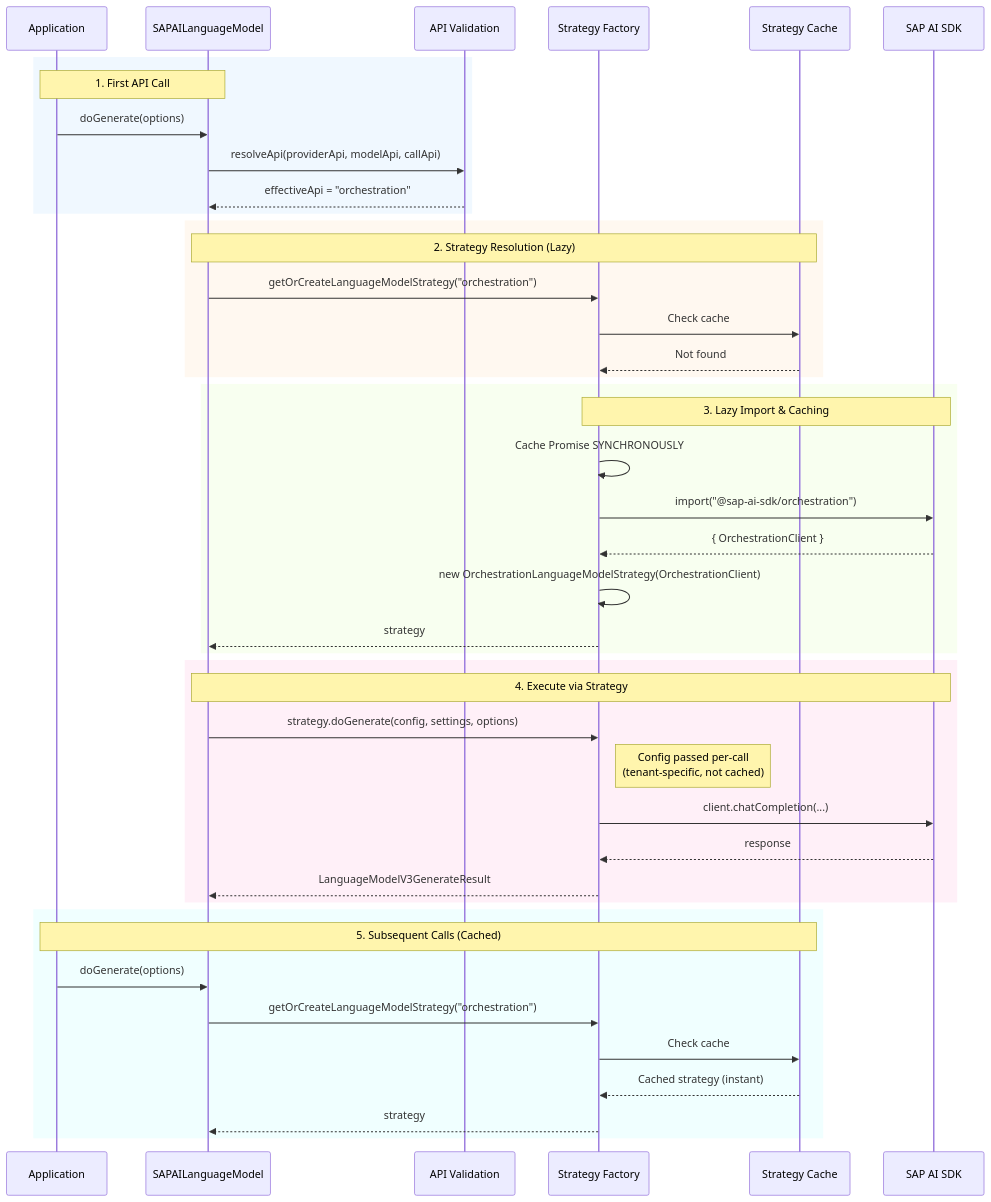
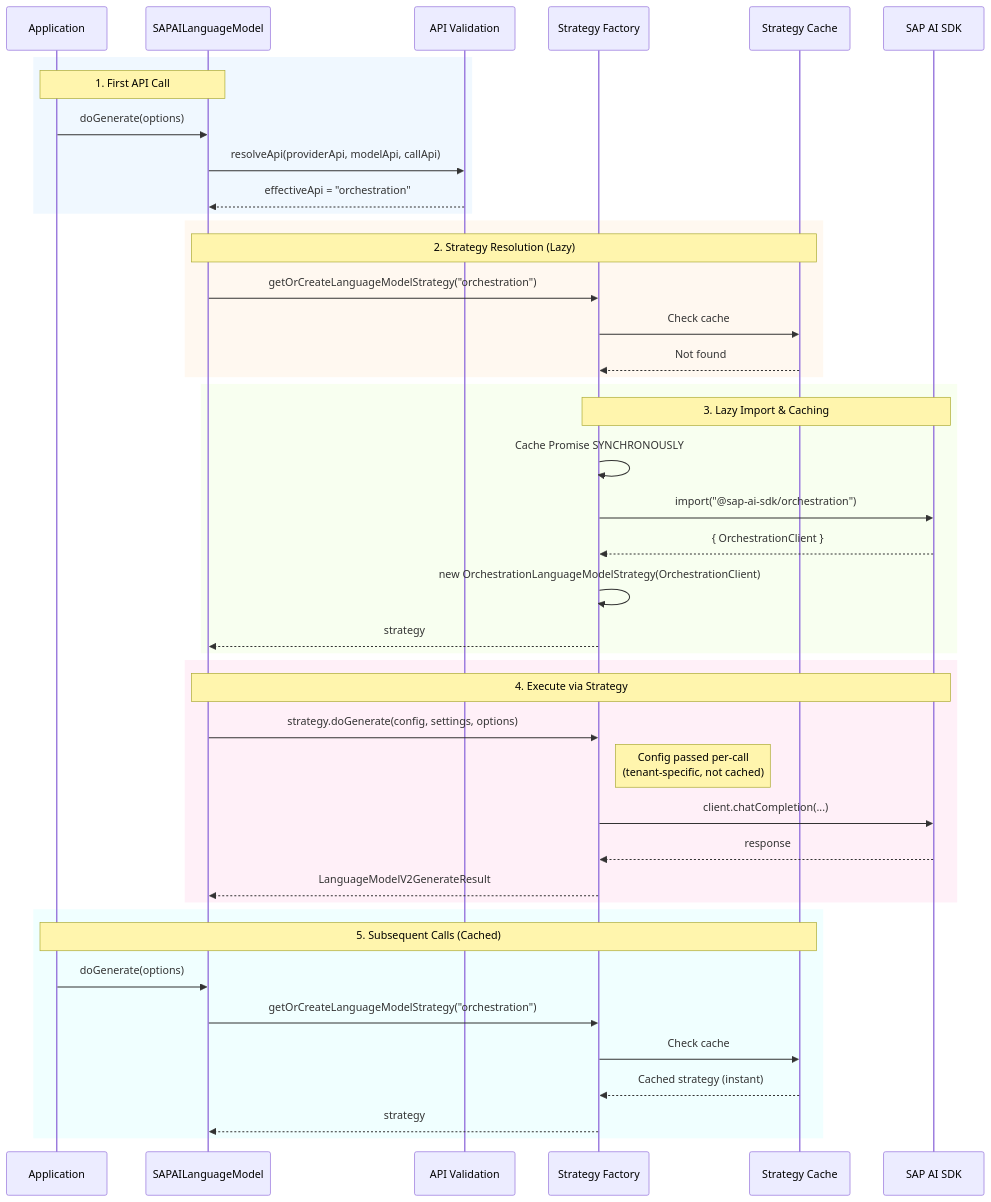
One commit to jerome-benoit/sap-ai-provider changed the tenth of 10 diagrams in ARCHITECTURE.md. Above: the diagram before and after it, drawn with Mermaid. The commit also changed other lines of this file and 15 other files, not shown here.

````diff
--- a/ARCHITECTURE.md
+++ b/ARCHITECTURE.md
@@ -1122,50 +1122,50 @@
 ```mermaid
 sequenceDiagram
     participant App as Application
     participant LM as SAPAILanguageModel
     participant Val as API Validation
     participant Factory as Strategy Factory
     participant Cache as Strategy Cache
     participant SDK as SAP AI SDK
 
     rect rgb(240, 248, 255)
         Note over App,LM: 1. First API Call
         App->>LM: doGenerate(options)
         LM->>Val: resolveApi(providerApi, modelApi, callApi)
         Val-->>LM: effectiveApi = "orchestration"
     end
 
     rect rgb(255, 248, 240)
         Note over LM,Cache: 2. Strategy Resolution (Lazy)
         LM->>Factory: getOrCreateLanguageModelStrategy("orchestration")
         Factory->>Cache: Check cache
         Cache-->>Factory: Not found
     end
 
     rect rgb(248, 255, 240)
         Note over Factory,SDK: 3. Lazy Import & Caching
         Factory->>Factory: Cache Promise SYNCHRONOUSLY
         Factory->>SDK: import("@sap-ai-sdk/orchestration")
         SDK-->>Factory: { OrchestrationClient }
         Factory->>Factory: new OrchestrationLanguageModelStrategy(OrchestrationClient)
         Factory-->>LM: strategy
     end
 
     rect rgb(255, 240, 248)
         Note over LM,SDK: 4. Execute via Strategy
         LM->>Factory: strategy.doGenerate(config, settings, options)
         Note right of Factory: Config passed per-call<br/>(tenant-specific, not cached)
         Factory->>SDK: client.chatCompletion(...)
         SDK-->>Factory: response
-        Factory-->>LM: LanguageModelV3GenerateResult
+        Factory-->>LM: LanguageModelV2GenerateResult
     end
 
     rect rgb(240, 255, 255)
         Note over App,Cache: 5. Subsequent Calls (Cached)
         App->>LM: doGenerate(options)
         LM->>Factory: getOrCreateLanguageModelStrategy("orchestration")
         Factory->>Cache: Check cache
         Cache-->>Factory: Cached strategy (instant)
         Factory-->>LM: strategy
     end
 ```
````
